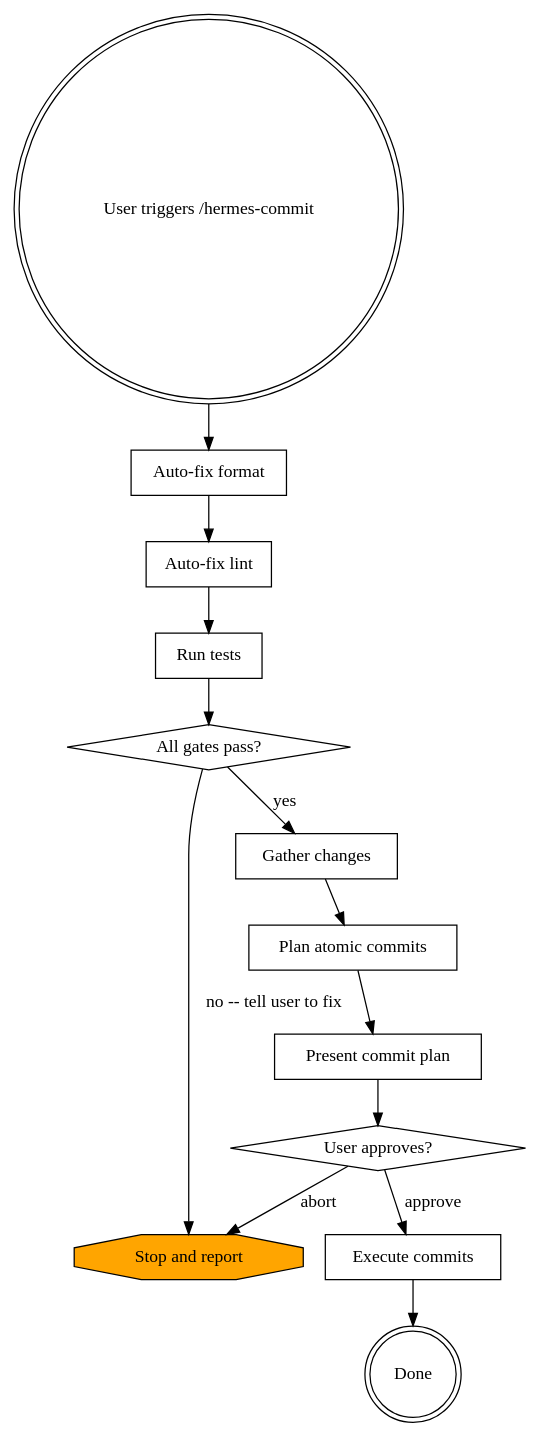
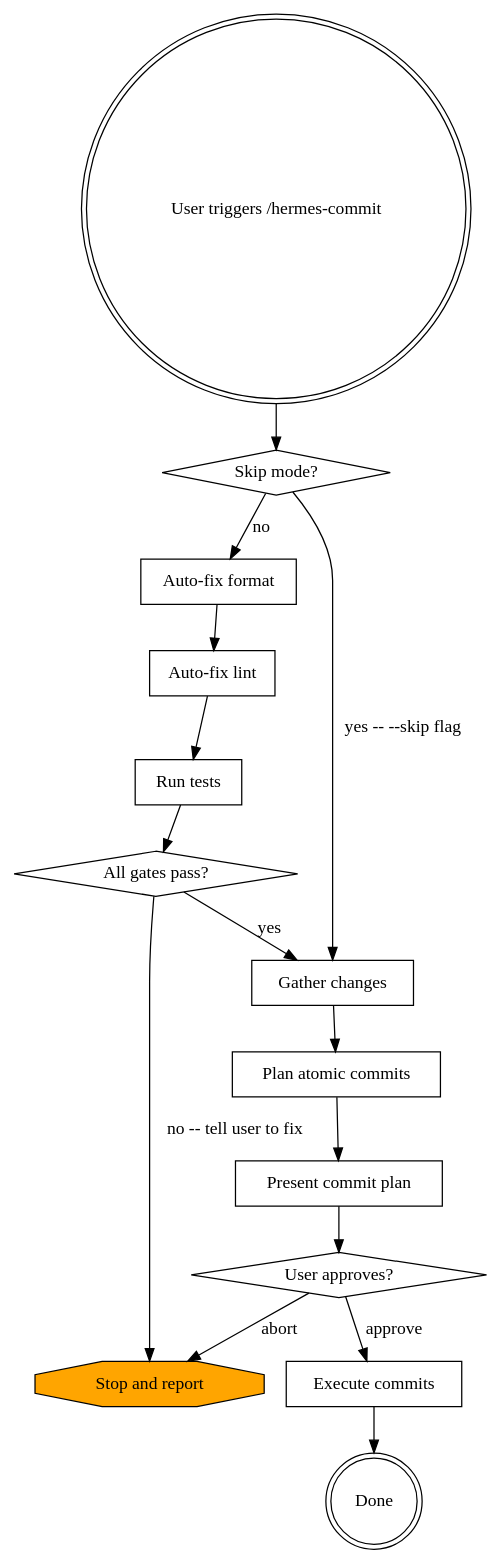
Before and after one commit to pandaworks-software-plt/pandahrms-skills: the diagram in skills/hermes-commit/SKILL.md, drawn with Graphviz. The commit also changed other lines of this file, not shown here.

First line of the commit message:
feat(hermes-commit): add --skip flag to bypass Phase 1 gate

````diff
--- a/skills/hermes-commit/SKILL.md
+++ b/skills/hermes-commit/SKILL.md
@@ -24,29 +36,32 @@
 ```dot
 digraph commit {
     "User triggers /hermes-commit" [shape=doublecircle];
+    "Skip mode?" [shape=diamond];
     "Auto-fix format" [shape=box];
     "Auto-fix lint" [shape=box];
     "Run tests" [shape=box];
     "All gates pass?" [shape=diamond];
     "Stop and report" [shape=octagon, style=filled, fillcolor=orange];
     "Gather changes" [shape=box];
     "Plan atomic commits" [shape=box];
     "Present commit plan" [shape=box];
     "User approves?" [shape=diamond];
     "Execute commits" [shape=box];
     "Done" [shape=doublecircle];
 
-    "User triggers /hermes-commit" -> "Auto-fix format";
+    "User triggers /hermes-commit" -> "Skip mode?";
+    "Skip mode?" -> "Auto-fix format" [label="no"];
+    "Skip mode?" -> "Gather changes" [label="yes -- --skip flag"];
     "Auto-fix format" -> "Auto-fix lint";
     "Auto-fix lint" -> "Run tests";
     "Run tests" -> "All gates pass?";
     "All gates pass?" -> "Stop and report" [label="no -- tell user to fix"];
     "All gates pass?" -> "Gather changes" [label="yes"];
     "Gather changes" -> "Plan atomic commits";
     "Plan atomic commits" -> "Present commit plan";
     "Present commit plan" -> "User approves?";
     "User approves?" -> "Execute commits" [label="approve"];
     "User approves?" -> "Stop and report" [label="abort"];
     "Execute commits" -> "Done";
 }
 ```
````
